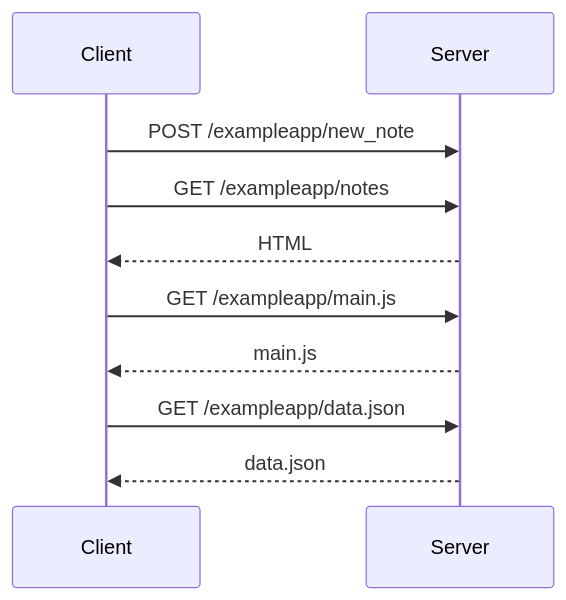
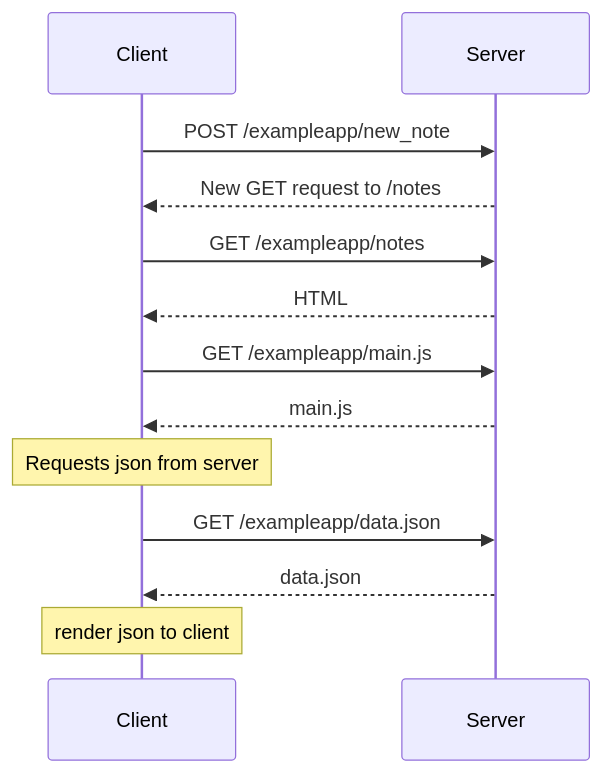
One commit to migui3230/fullStackOpenSubmissions changed the diagram in part0/0.4_new_note.md. Above: the diagram before and after it, drawn with Mermaid. The commit also changed 2 other files, not shown here.

Commit message:
remove test.txt and update exercise 0.4

````diff
--- a/part0/0.4_new_note.md
+++ b/part0/0.4_new_note.md
@@ -1,11 +1,14 @@
 ```mermaid
     sequenceDiagram
     Client ->>Server: POST /exampleapp/new_note
+    Server -->>Client: New GET request to /notes
     Client ->>Server: GET /exampleapp/notes
     Server -->>Client: HTML
     Client ->>Server: GET /exampleapp/main.js
     Server -->>Client: main.js
+    Note over Client: Requests json from server
     Client ->>Server: GET /exampleapp/data.json
     Server -->>Client: data.json
+    Note over Client: render json to client
 
 ```
````
